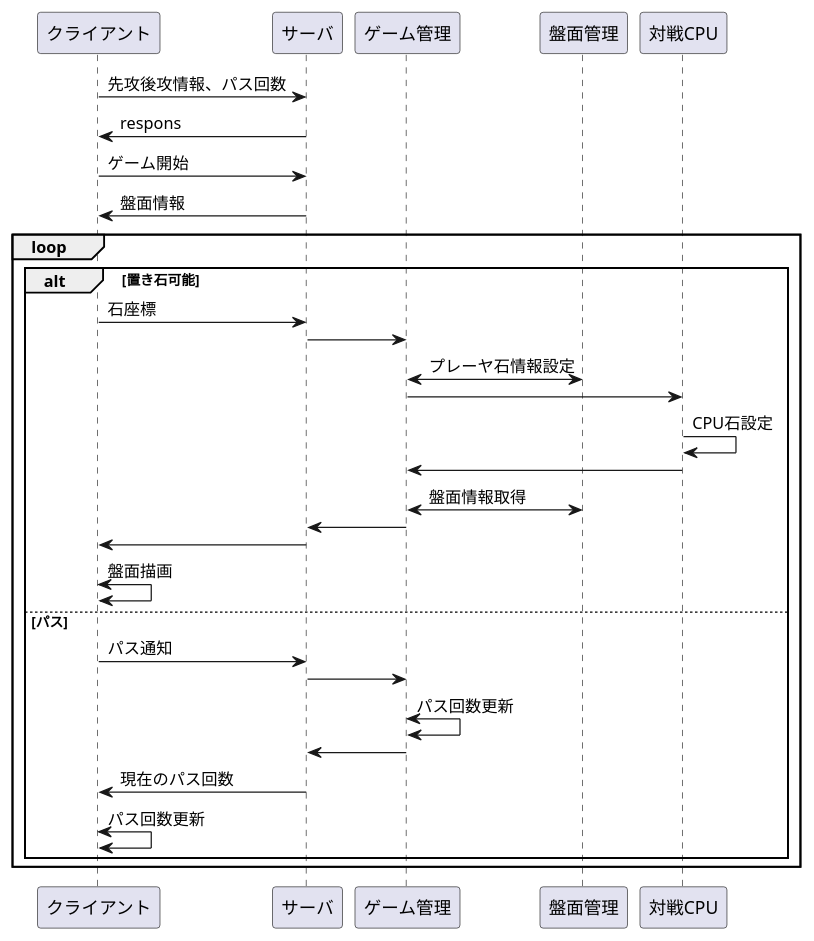
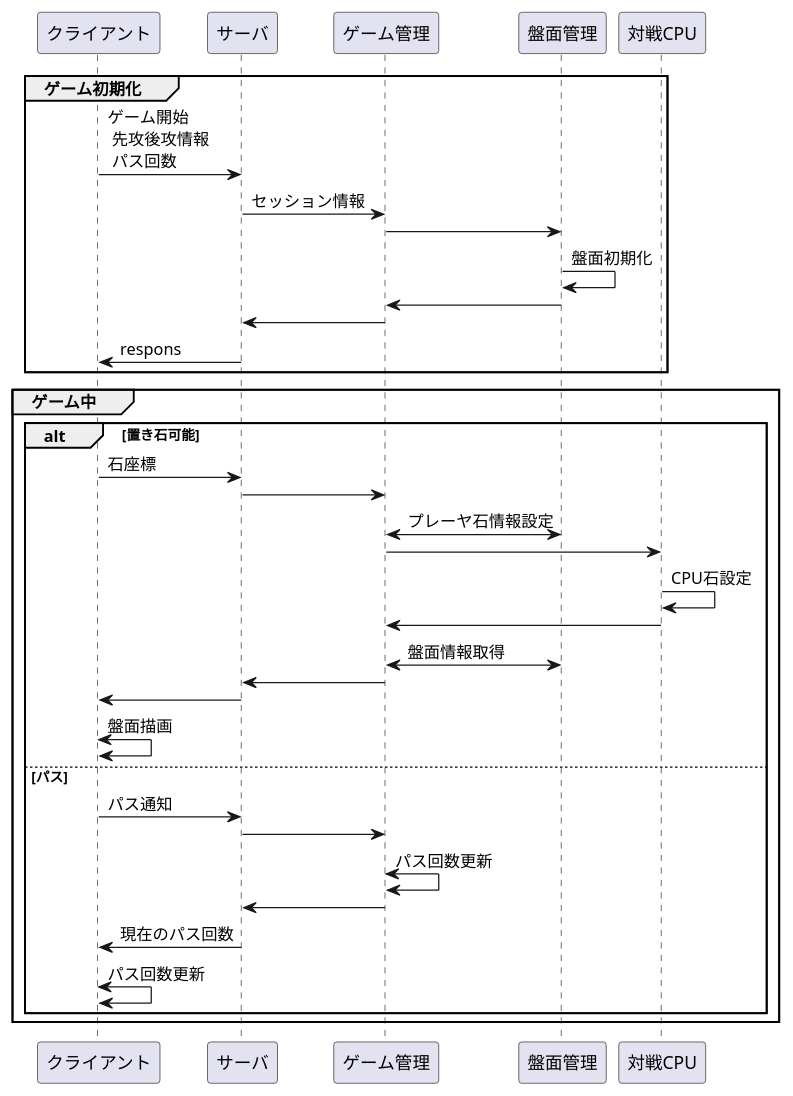
Before and after one commit to nakamuratks-sup/othelloGame: the first of 2 diagrams in othelloGame/uml/sequens.pu, drawn with PlantUML.

Commit message:
シーケンス図を初期化時とゲーム中時で区分けした

```diff
--- a/othelloGame/uml/sequens.pu
+++ b/othelloGame/uml/sequens.pu
@@ -1,33 +1,38 @@
 @startuml ゲーム進行
 participant クライアント as cl
 participant サーバ as sv
 participant ゲーム管理 as gm
+participant 盤面管理 as bord
 
-cl -> sv : 先攻後攻情報、パス回数
-sv -> cl : respons
+group ゲーム初期化
+    cl -> sv : ゲーム開始 \n 先攻後攻情報 \n パス回数
+    sv -> gm : セッション情報
+    gm -> bord
+    bord -> bord : 盤面初期化
+    bord -> gm
+    gm -> sv
+    sv -> cl : respons
+end
 
-cl -> sv : ゲーム開始
-sv -> cl : 盤面情報
-
-loop
+group ゲーム中
     alt 置き石可能
         cl -> sv : 石座標
         sv -> gm
-        gm <-> 盤面管理 : プレーヤ石情報設定
+        gm <-> bord : プレーヤ石情報設定
         gm -> 対戦CPU
         対戦CPU -> 対戦CPU : CPU石設定
         対戦CPU -> gm
-        gm <-> 盤面管理 : 盤面情報取得
+        gm <-> bord : 盤面情報取得
         gm -> sv
         sv -> cl
         cl <-> cl : 盤面描画
     else パス
         cl -> sv : パス通知
         sv -> gm
         gm <-> gm : パス回数更新
         gm -> sv
         sv -> cl : 現在のパス回数
         cl <-> cl : パス回数更新
     end
 end
 @enduml
```
